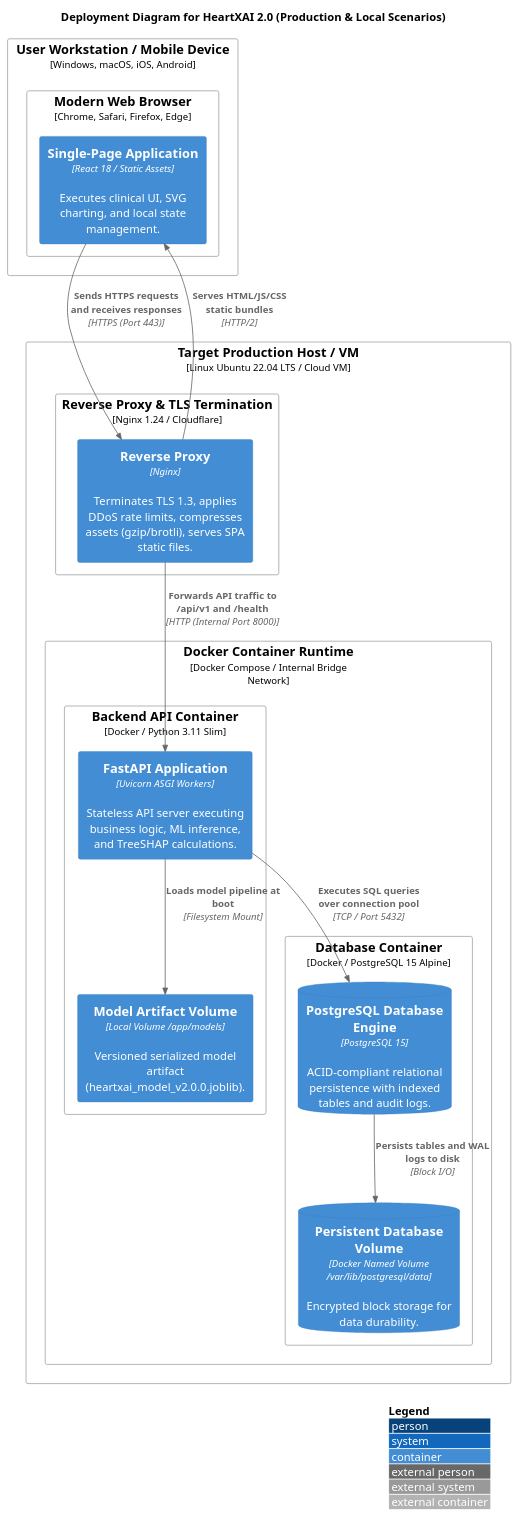
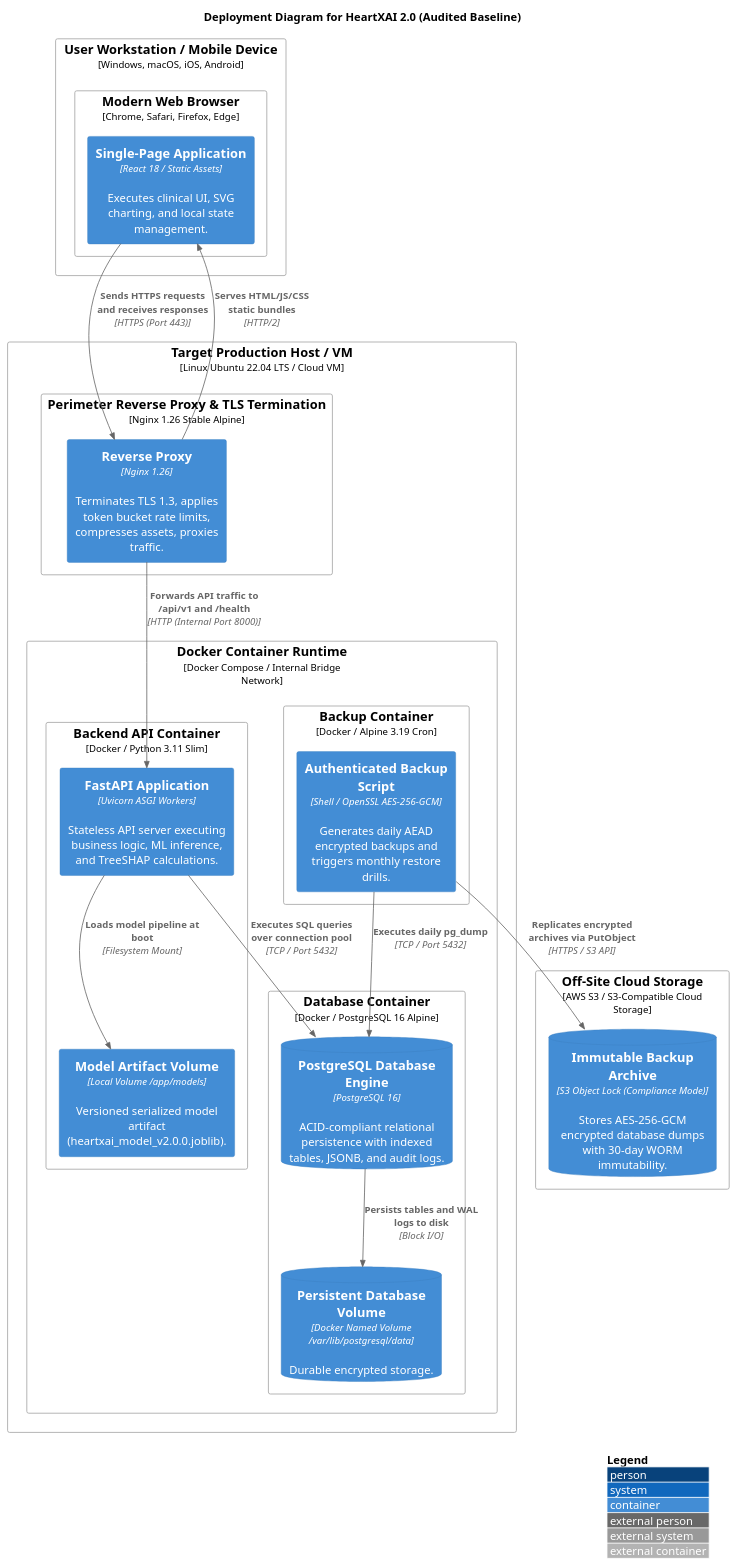
The diagram in docs/diagrams/c4_deployment.puml (sandeep-kumar-270904/Heart-Disease-Risk-Prediction), drawn with PlantUML before and after one commit. The commit also changed 13 other files, not shown here.

Commit message:
docs(phase-3): remediate architecture review findings across geography, clinical bounds, database parity, and backup security

```diff
--- a/docs/diagrams/c4_deployment.puml
+++ b/docs/diagrams/c4_deployment.puml
@@ -1,39 +1,49 @@
 @startuml c4_deployment
 !include https://raw.githubusercontent.com/plantuml-stdlib/C4-PlantUML/master/C4_Deployment.puml
 
 LAYOUT_WITH_LEGEND()
 
-title Deployment Diagram for HeartXAI 2.0 (Production & Local Scenarios)
+title Deployment Diagram for HeartXAI 2.0 (Audited Baseline)
 
 Deployment_Node(user_device, "User Workstation / Mobile Device", "Windows, macOS, iOS, Android") {
     Deployment_Node(browser, "Modern Web Browser", "Chrome, Safari, Firefox, Edge") {
         Container(spa_instance, "Single-Page Application", "React 18 / Static Assets", "Executes clinical UI, SVG charting, and local state management.")
     }
 }
 
 Deployment_Node(cloud_host, "Target Production Host / VM", "Linux Ubuntu 22.04 LTS / Cloud VM") {
-    Deployment_Node(ingress, "Reverse Proxy & TLS Termination", "Nginx 1.24 / Cloudflare") {
-        Container(proxy, "Reverse Proxy", "Nginx", "Terminates TLS 1.3, applies DDoS rate limits, compresses assets (gzip/brotli), serves SPA static files.")
+    Deployment_Node(ingress, "Perimeter Reverse Proxy & TLS Termination", "Nginx 1.26 Stable Alpine") {
+        Container(proxy, "Reverse Proxy", "Nginx 1.26", "Terminates TLS 1.3, applies token bucket rate limits, compresses assets, proxies traffic.")
     }
 
     Deployment_Node(docker_env, "Docker Container Runtime", "Docker Compose / Internal Bridge Network") {
         Deployment_Node(app_container, "Backend API Container", "Docker / Python 3.11 Slim") {
             Container(api_instance, "FastAPI Application", "Uvicorn ASGI Workers", "Stateless API server executing business logic, ML inference, and TreeSHAP calculations.")
             Container(model_disk, "Model Artifact Volume", "Local Volume /app/models", "Versioned serialized model artifact (heartxai_model_v2.0.0.joblib).")
         }
 
-        Deployment_Node(db_container, "Database Container", "Docker / PostgreSQL 15 Alpine") {
-            ContainerDb(pg_instance, "PostgreSQL Database Engine", "PostgreSQL 15", "ACID-compliant relational persistence with indexed tables and audit logs.")
-            ContainerDb(pg_volume, "Persistent Database Volume", "Docker Named Volume /var/lib/postgresql/data", "Encrypted block storage for data durability.")
+        Deployment_Node(db_container, "Database Container", "Docker / PostgreSQL 16 Alpine") {
+            ContainerDb(pg_instance, "PostgreSQL Database Engine", "PostgreSQL 16", "ACID-compliant relational persistence with indexed tables, JSONB, and audit logs.")
+            ContainerDb(pg_volume, "Persistent Database Volume", "Docker Named Volume /var/lib/postgresql/data", "Durable encrypted storage.")
+        }
+
+        Deployment_Node(backup_container, "Backup Container", "Docker / Alpine 3.19 Cron") {
+            Container(backup_script, "Authenticated Backup Script", "Shell / OpenSSL AES-256-GCM", "Generates daily AEAD encrypted backups and triggers monthly restore drills.")
         }
     }
+}
+
+Deployment_Node(offsite_storage, "Off-Site Cloud Storage", "AWS S3 / S3-Compatible Cloud Storage") {
+    ContainerDb(s3_worm, "Immutable Backup Archive", "S3 Object Lock (Compliance Mode)", "Stores AES-256-GCM encrypted database dumps with 30-day WORM immutability.")
 }
 
 Rel(spa_instance, proxy, "Sends HTTPS requests and receives responses", "HTTPS (Port 443)")
 Rel(proxy, spa_instance, "Serves HTML/JS/CSS static bundles", "HTTP/2")
 Rel(proxy, api_instance, "Forwards API traffic to /api/v1 and /health", "HTTP (Internal Port 8000)")
 Rel(api_instance, model_disk, "Loads model pipeline at boot", "Filesystem Mount")
 Rel(api_instance, pg_instance, "Executes SQL queries over connection pool", "TCP / Port 5432")
 Rel(pg_instance, pg_volume, "Persists tables and WAL logs to disk", "Block I/O")
+Rel(backup_script, pg_instance, "Executes daily pg_dump", "TCP / Port 5432")
+Rel(backup_script, s3_worm, "Replicates encrypted archives via PutObject", "HTTPS / S3 API")
 
 @enduml
```
